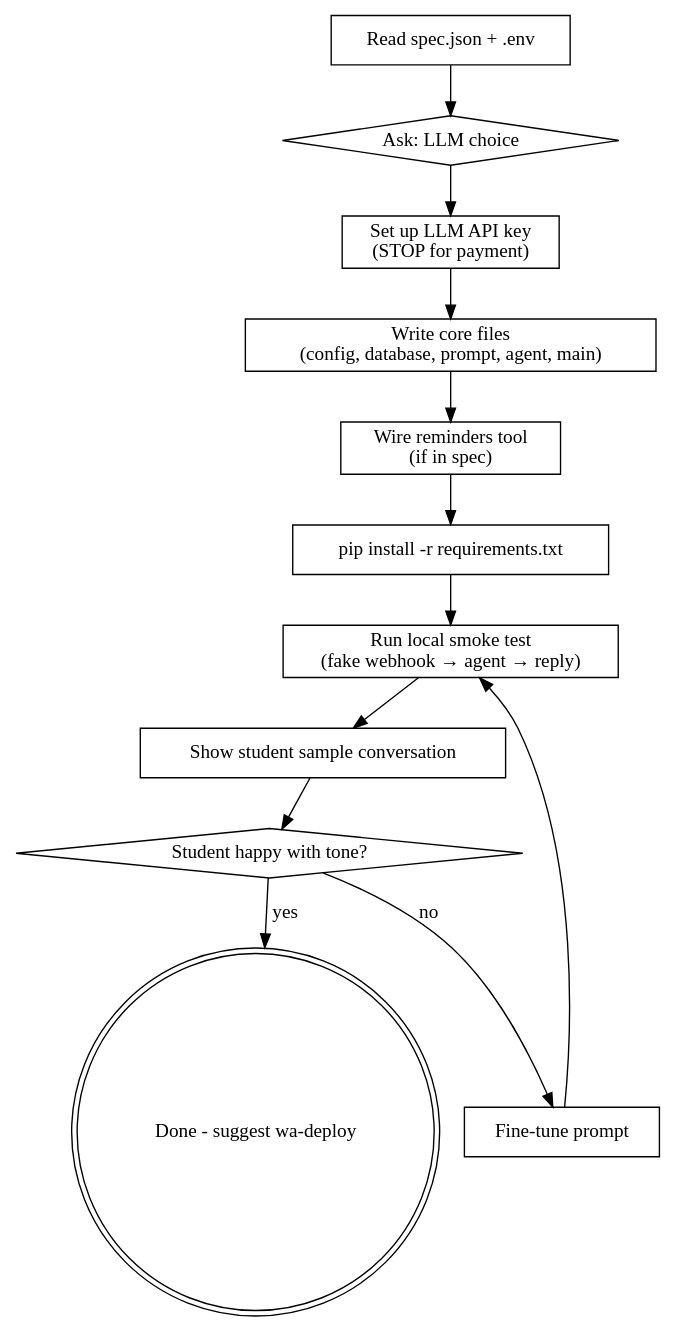
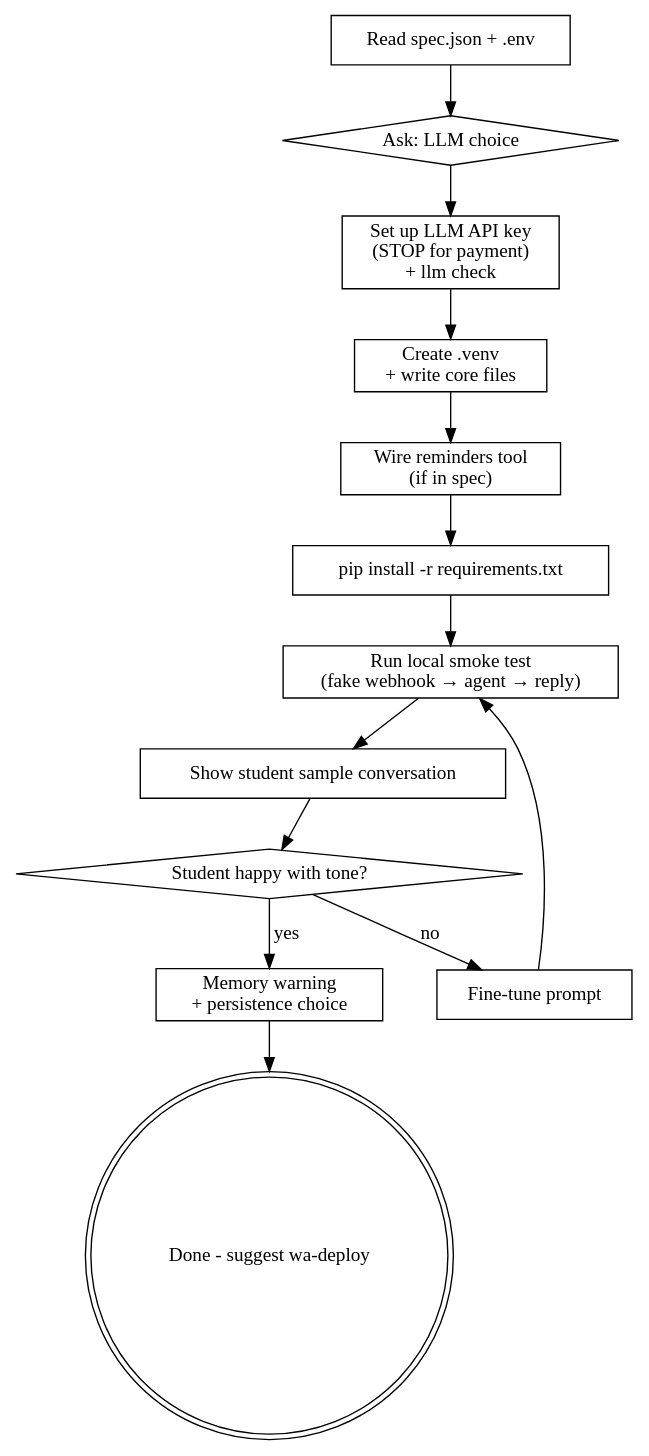
The diagram in skills/wa-build/SKILL.md (Asher-pro/wa-whatsapp-agent), drawn with Graphviz before and after one commit. The commit also changed other lines of this file and 27 other files, not shown here.

````diff
--- a/skills/wa-build/SKILL.md
+++ b/skills/wa-build/SKILL.md
@@ -84,28 +90,30 @@
 ```dot
 digraph wa_build {
     rankdir=TB;
     "Read spec.json + .env" [shape=box];
     "Ask: LLM choice" [shape=diamond];
-    "Set up LLM API key\n(STOP for payment)" [shape=box];
-    "Write core files\n(config, database, prompt, agent, main)" [shape=box];
+    "Set up LLM API key\n(STOP for payment)\n+ llm check" [shape=box];
+    "Create .venv\n+ write core files" [shape=box];
     "Wire reminders tool\n(if in spec)" [shape=box];
     "pip install -r requirements.txt" [shape=box];
     "Run local smoke test\n(fake webhook → agent → reply)" [shape=box];
     "Show student sample conversation" [shape=box];
     "Student happy with tone?" [shape=diamond];
     "Fine-tune prompt" [shape=box];
+    "Memory warning\n+ persistence choice" [shape=box];
     "Done - suggest wa-deploy" [shape=doublecircle];
 
     "Read spec.json + .env" -> "Ask: LLM choice";
-    "Ask: LLM choice" -> "Set up LLM API key\n(STOP for payment)";
-    "Set up LLM API key\n(STOP for payment)" -> "Write core files\n(config, database, prompt, agent, main)";
-    "Write core files\n(config, database, prompt, agent, main)" -> "Wire reminders tool\n(if in spec)";
+    "Ask: LLM choice" -> "Set up LLM API key\n(STOP for payment)\n+ llm check";
+    "Set up LLM API key\n(STOP for payment)\n+ llm check" -> "Create .venv\n+ write core files";
+    "Create .venv\n+ write core files" -> "Wire reminders tool\n(if in spec)";
     "Wire reminders tool\n(if in spec)" -> "pip install -r requirements.txt";
     "pip install -r requirements.txt" -> "Run local smoke test\n(fake webhook → agent → reply)";
     "Run local smoke test\n(fake webhook → agent → reply)" -> "Show student sample conversation";
     "Show student sample conversation" -> "Student happy with tone?";
     "Student happy with tone?" -> "Fine-tune prompt" [label="no"];
     "Fine-tune prompt" -> "Run local smoke test\n(fake webhook → agent → reply)";
-    "Student happy with tone?" -> "Done - suggest wa-deploy" [label="yes"];
+    "Student happy with tone?" -> "Memory warning\n+ persistence choice" [label="yes"];
+    "Memory warning\n+ persistence choice" -> "Done - suggest wa-deploy";
 }
 ```
````
